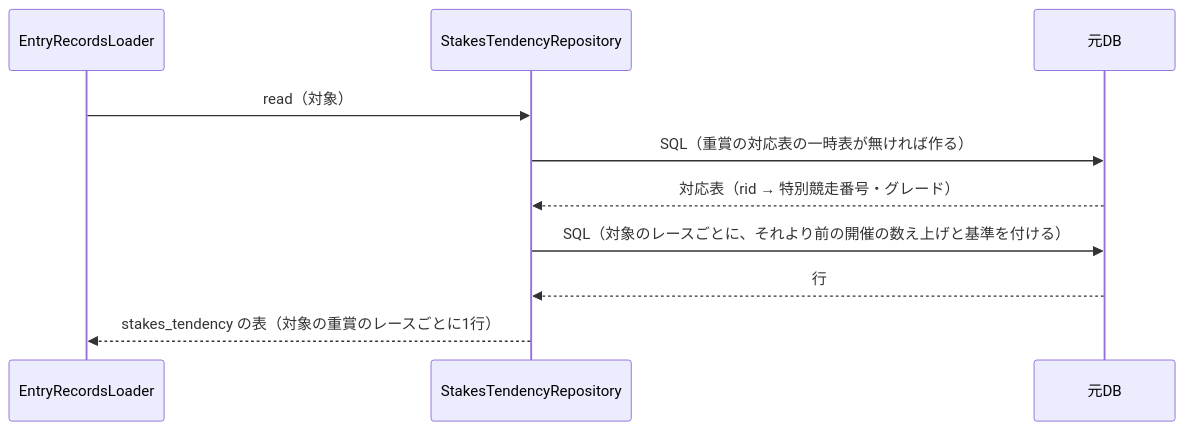
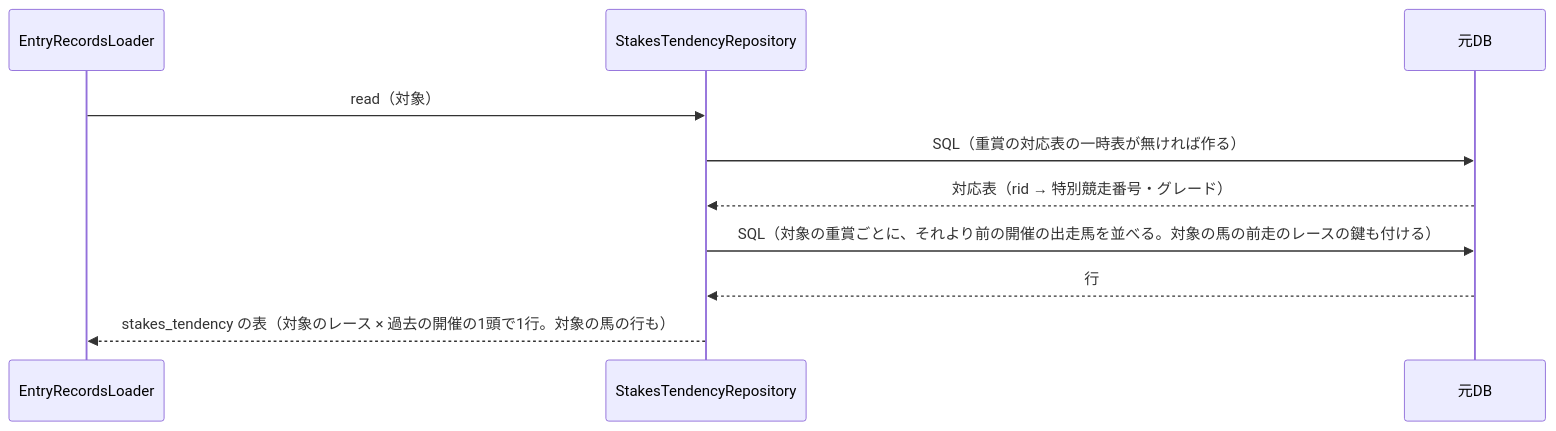
The third of 3 diagrams in docs/design/重賞の傾向と近走から3着以内を予想/05-sequence.md (ht-0328/keiba-yosou), drawn with Mermaid before and after one commit. The commit also changed other lines of this file and 49 other files, not shown here.

First line of the commit message:
feat(stakes_tendency_top3): 重賞の傾向 K を、その重賞の過去の開催で自分と同じ条件だった馬の成績に作り直す (#87)

````diff
--- a/docs/design/重賞の傾向と近走から3着以内を予想/05-sequence.md
+++ b/docs/design/重賞の傾向と近走から3着以内を予想/05-sequence.md
@@ -127,12 +127,12 @@
 ```mermaid
 sequenceDiagram
     participant L as EntryRecordsLoader
     participant ST as StakesTendencyRepository
     participant DB as 元DB
     L->>ST: read（対象）
     ST->>DB: SQL（重賞の対応表の一時表が無ければ作る）
     DB-->>ST: 対応表（rid → 特別競走番号・グレード）
-    ST->>DB: SQL（対象のレースごとに、それより前の開催の数え上げと基準を付ける）
+    ST->>DB: SQL（対象の重賞ごとに、それより前の開催の出走馬を並べる。対象の馬の前走のレースの鍵も付ける）
     DB-->>ST: 行
-    ST-->>L: stakes_tendency の表（対象の重賞のレースごとに1行）
+    ST-->>L: stakes_tendency の表（対象のレース × 過去の開催の1頭で1行。対象の馬の行も）
 ```
````
